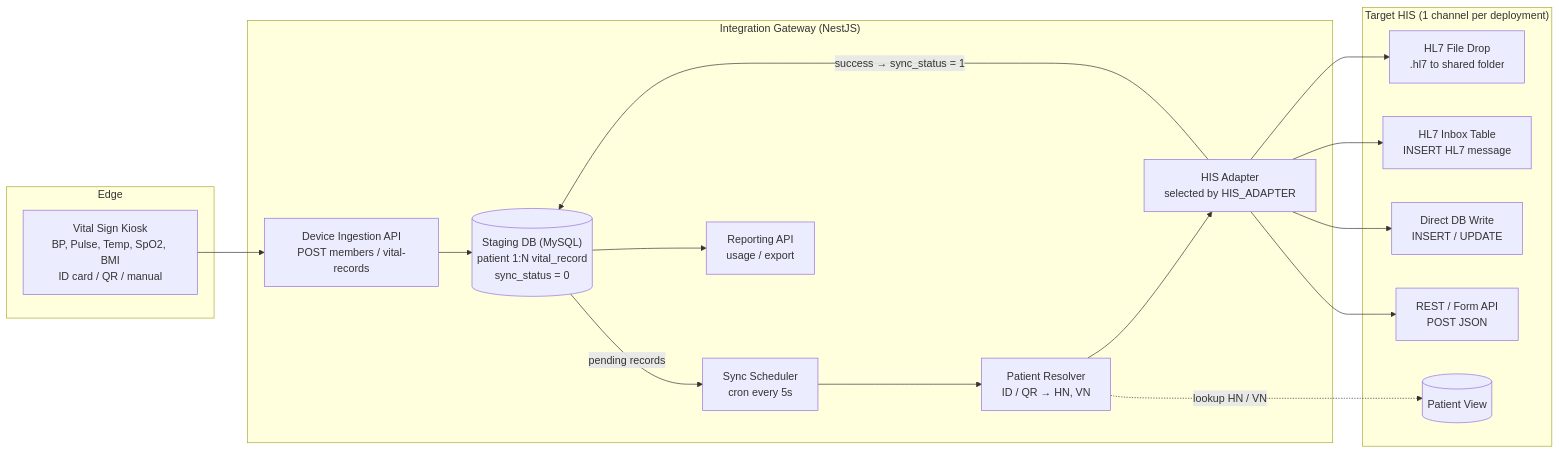
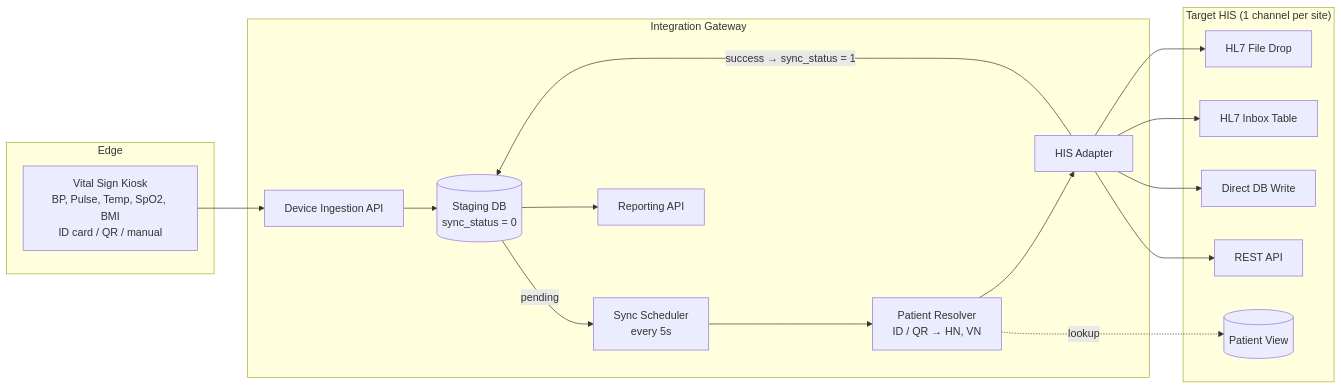
One commit to NekoYanaki/opd-vitals-his-gateway changed the first of 2 diagrams in README.en.md. Above: the diagram before and after it, drawn with Mermaid. The commit also changed other lines of this file and 1 other file, not shown here.

Commit message:
Add NDA notice, trim API and ERD to core items

````diff
--- a/README.en.md
+++ b/README.en.md
@@ -53,30 +48,30 @@
 ```mermaid
 flowchart LR
     subgraph Edge["Edge"]
         K["Vital Sign Kiosk<br/>BP, Pulse, Temp, SpO2, BMI<br/>ID card / QR / manual"]
     end
 
-    subgraph Gateway["Integration Gateway (NestJS)"]
-        API["Device Ingestion API<br/>POST members / vital-records"]
-        DB[("Staging DB (MySQL)<br/>patient 1:N vital_record<br/>sync_status = 0")]
-        S["Sync Scheduler<br/>cron every 5s"]
+    subgraph Gateway["Integration Gateway"]
+        API["Device Ingestion API"]
+        DB[("Staging DB<br/>sync_status = 0")]
+        S["Sync Scheduler<br/>every 5s"]
         R["Patient Resolver<br/>ID / QR → HN, VN"]
-        A["HIS Adapter<br/>selected by HIS_ADAPTER"]
-        RPT["Reporting API<br/>usage / export"]
+        A["HIS Adapter"]
+        RPT["Reporting API"]
     end
 
-    subgraph HIS["Target HIS (1 channel per deployment)"]
-        T1["HL7 File Drop<br/>.hl7 to shared folder"]
-        T2["HL7 Inbox Table<br/>INSERT HL7 message"]
-        T3["Direct DB Write<br/>INSERT / UPDATE"]
-        T4["REST / Form API<br/>POST JSON"]
+    subgraph HIS["Target HIS (1 channel per site)"]
+        T1["HL7 File Drop"]
+        T2["HL7 Inbox Table"]
+        T3["Direct DB Write"]
+        T4["REST API"]
         V[("Patient View")]
     end
 
     K --> API --> DB
-    DB -->|"pending records"| S --> R --> A
-    R -.->|"lookup HN / VN"| V
+    DB -->|"pending"| S --> R --> A
+    R -.->|"lookup"| V
     A --> T1 & T2 & T3 & T4
     A -->|"success → sync_status = 1"| DB
     DB --> RPT
 ```
````
